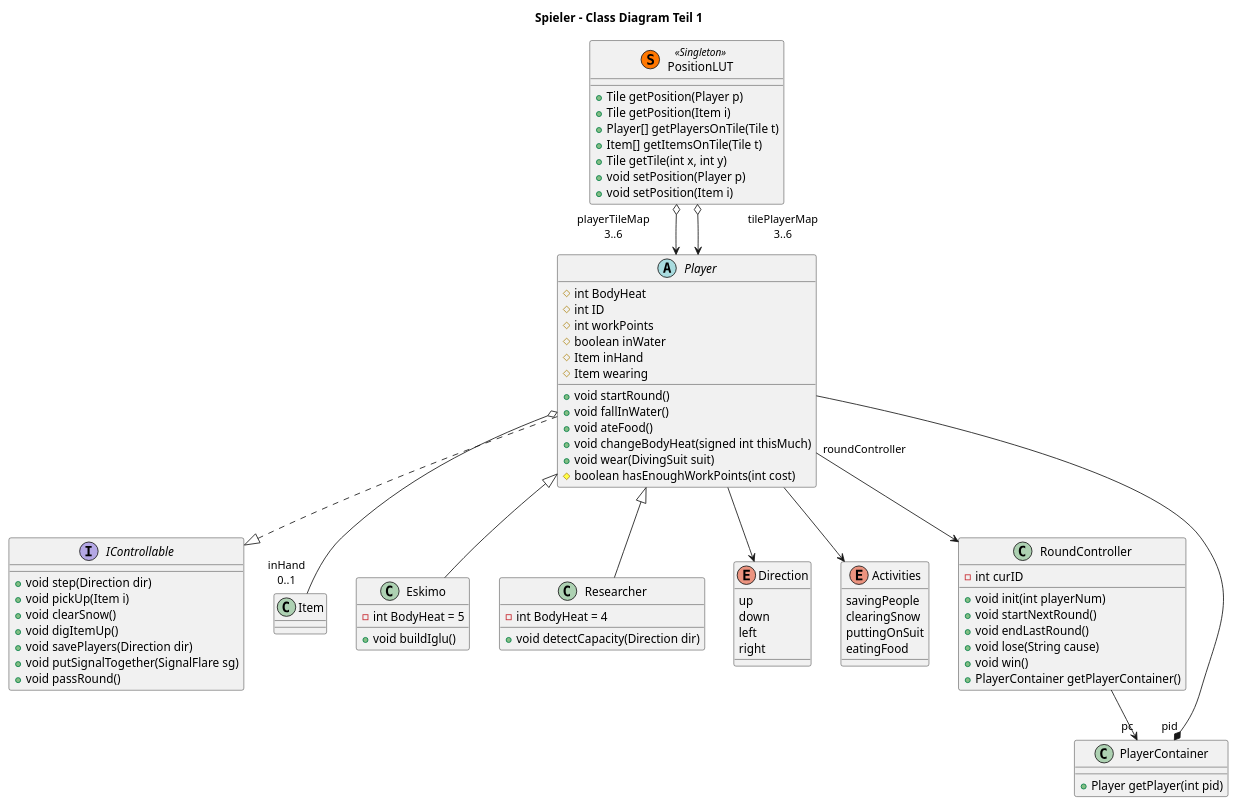
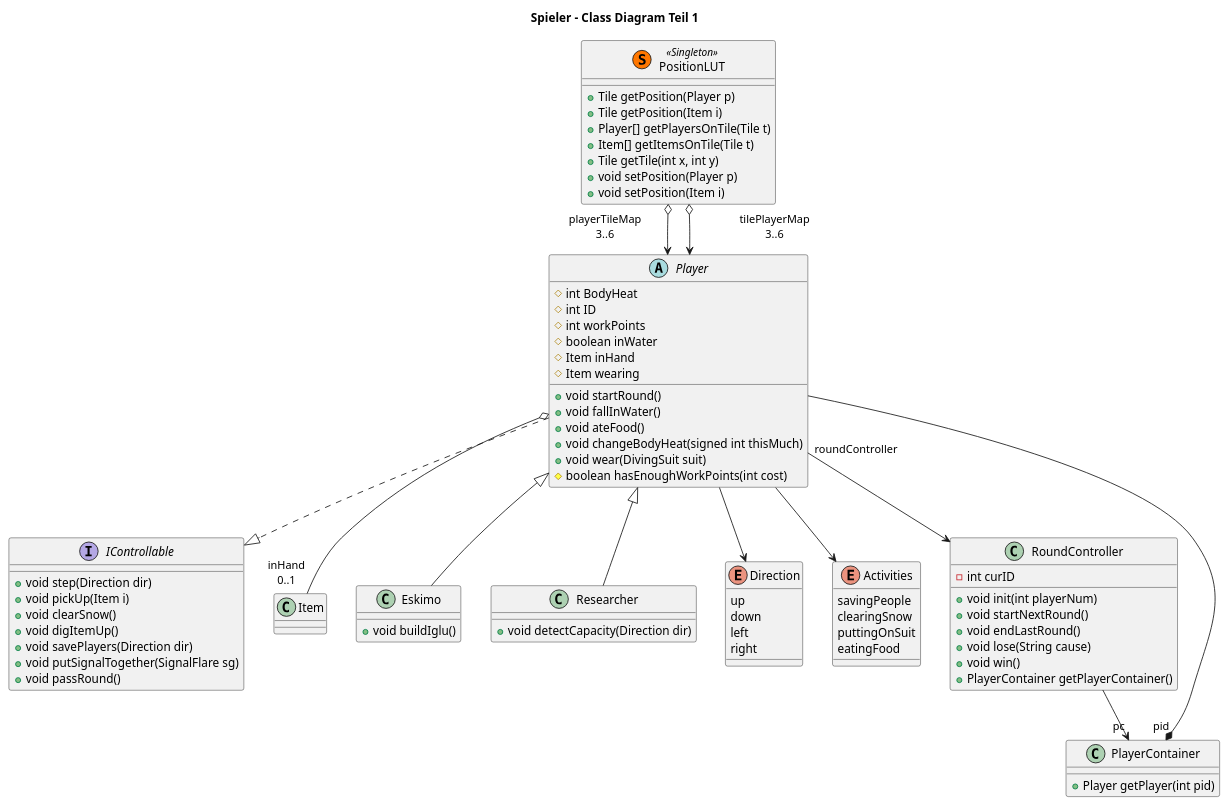
The diagram in class_diagram_kicsi_Spieler.puml (AdamZsofi/deutsch-overflow), drawn with PlantUML before and after one commit.

Commit message:
bodyHeat removed from Eskimo&Researcher

```diff
--- a/class_diagram_kicsi_Spieler.puml
+++ b/class_diagram_kicsi_Spieler.puml
@@ -1,95 +1,93 @@
 @startuml 
 
 title Spieler - Class Diagram Teil 1
 
 Interface IControllable {
     +void step(Direction dir) 
     +void pickUp(Item i) 
     +void clearSnow() 
     +void digItemUp() 
     +void savePlayers(Direction dir) 
     +void putSignalTogether(SignalFlare sg) 
     +void passRound() 
 }
 Player ..|> IControllable
 
 abstract class Player { 
     #int BodyHeat 
     #int ID 
     #int workPoints 
     #boolean inWater 
     #Item inHand 
     #Item wearing 
     +void startRound() 
     +void fallInWater() 
     +void ateFood() 
     +void changeBodyHeat(signed int thisMuch) 
     +void wear(DivingSuit suit) 
     #boolean hasEnoughWorkPoints(int cost) 
 }
 Player o-- "inHand\n0..1" Item
 
 class Eskimo { 
-    -int BodyHeat = 5 
     +void buildIglu() 
 } 
 
 class Researcher { 
-    -int BodyHeat = 4 
     +void detectCapacity(Direction dir) 
 } 
 
 Player --> Direction 
 
 class PlayerContainer { 
     +Player getPlayer(int pid) 
 } 
 
 PlayerContainer "pid" *-- Player 
 Player <|-- Eskimo 
 Player <|-- Researcher 
 
 enum Activities { 
     savingPeople 
     clearingSnow 
     puttingOnSuit 
     eatingFood 
 } 
 
 
 enum Direction { 
     up 
     down 
     left 
     right 
 } 
 
 Player --> Activities 
 
 class PositionLUT << (S,#FF7700) Singleton >> { 
     +Tile getPosition(Player p) 
     +Tile getPosition(Item i) 
     +Player[] getPlayersOnTile(Tile t) 
     +Item[] getItemsOnTile(Tile t) 
     +Tile getTile(int x, int y) 
     +void setPosition(Player p) 
     +void setPosition(Item i) 
 } 
 
 PositionLUT "\tplayerTileMap        \n\t3..6        " o--> Player 
 PositionLUT "\t\ttilePlayerMap   \n\t\t3..6   " o--> Player 
 
 class RoundController { 
     -int curID 
     +void init(int playerNum) 
     +void startNextRound() 
     +void endLastRound()
     +void lose(String cause) 
     +void win() 
     +PlayerContainer getPlayerContainer() 
 } 
 
 RoundController --> "pc"PlayerContainer 
 Player "roundController"--> RoundController 
 
 @enduml
```
